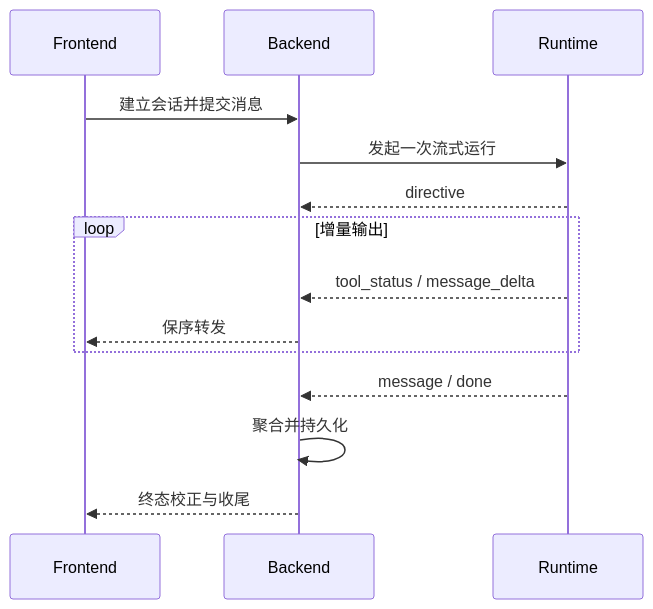
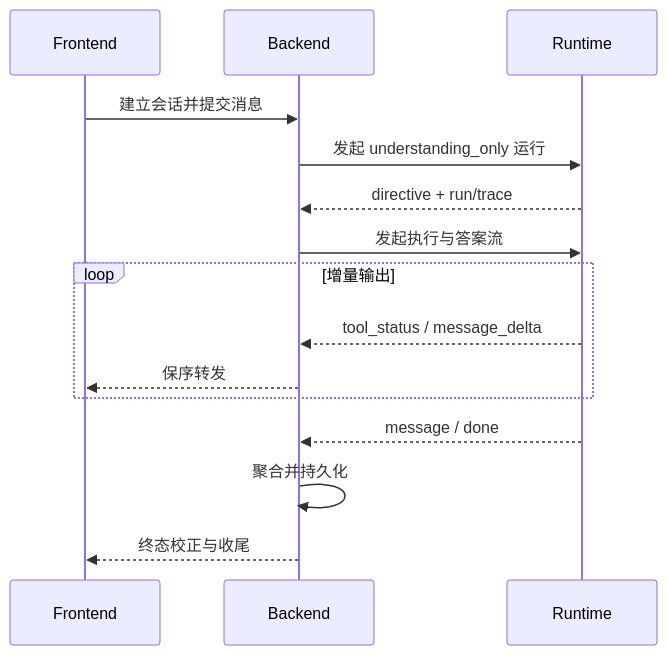
Before and after one commit to Logistic98/job-buddy: the diagram in agent-doc/运行时能力/对话流式输出与状态恢复.md, drawn with Mermaid. The commit also changed other lines of this file and 69 other files, not shown here.

````diff
--- a/agent-doc/运行时能力/对话流式输出与状态恢复.md
+++ b/agent-doc/运行时能力/对话流式输出与状态恢复.md
@@ -13,17 +13,18 @@
 ```mermaid
 sequenceDiagram
     participant FE as Frontend
     participant BE as Backend
     participant RT as Runtime
 
     FE->>BE: 建立会话并提交消息
-    BE->>RT: 发起一次流式运行
-    RT-->>BE: directive
+    BE->>RT: 发起 understanding_only 运行
+    RT-->>BE: directive + run/trace
+    BE->>RT: 发起执行与答案流
     loop 增量输出
         RT-->>BE: tool_status / message_delta
         BE-->>FE: 保序转发
     end
     RT-->>BE: message / done
     BE->>BE: 聚合并持久化
     BE-->>FE: 终态校正与收尾
 ```
````
